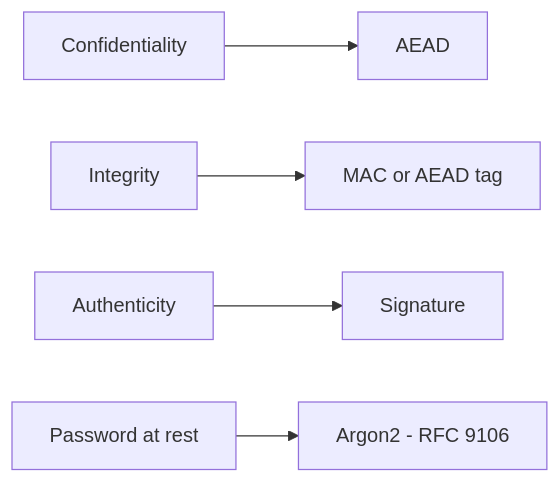
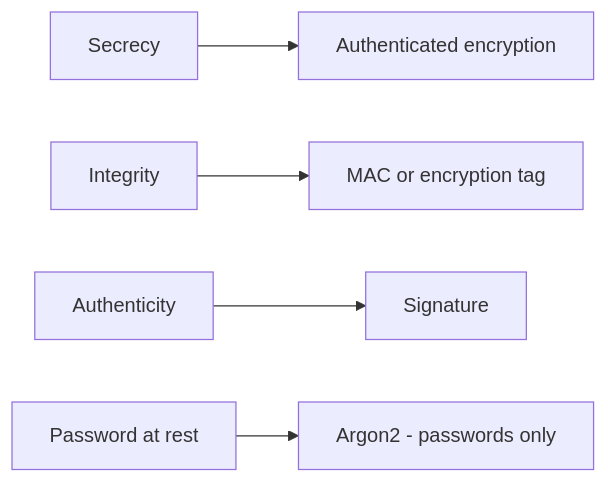
Before and after one commit to ishitvagoel/LearnSecurity: the second of 2 diagrams in content/modules/5/5.2/lessons/01-property.md, drawn with Mermaid. The commit also changed other lines of this file and 39 other files, not shown here.

````diff
--- a/content/modules/5/5.2/lessons/01-property.md
+++ b/content/modules/5/5.2/lessons/01-property.md
@@ -33,7 +32,7 @@
 ```mermaid
 flowchart LR
-  Conf[Confidentiality] --> AEAD2[AEAD]
-  Int[Integrity] --> MAC[MAC or AEAD tag]
+  Conf[Secrecy] --> AEAD2[Authenticated encryption]
+  Int[Integrity] --> MAC[MAC or encryption tag]
   Auth[Authenticity] --> Sig[Signature]
-  Pw[Password at rest] --> KDF["Argon2 - RFC 9106"]
+  Pw[Password at rest] --> KDF["Argon2 - passwords only"]
 ```
````
